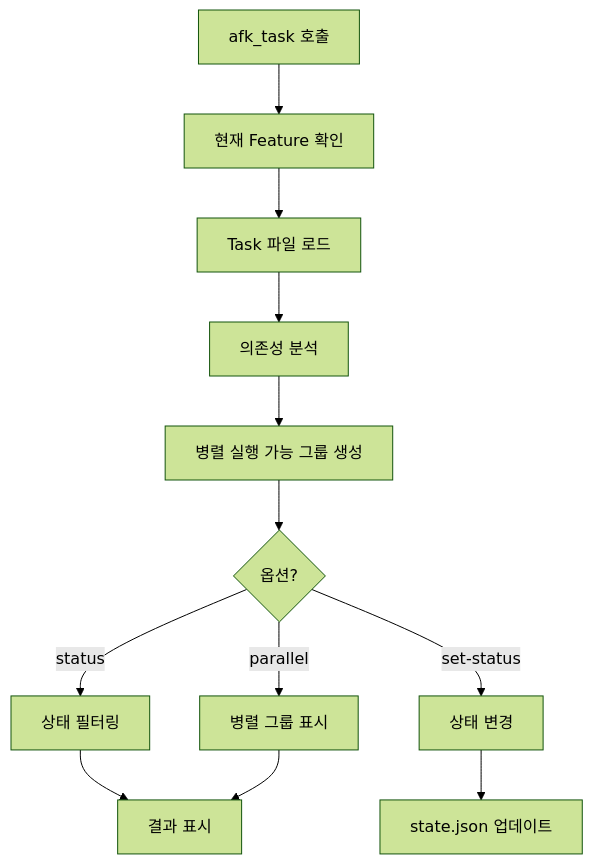
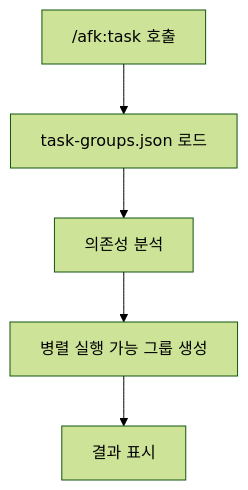
Before and after one commit to robinseo/afk-mod: the seventh of 8 diagrams in docs/commands.md, drawn with Mermaid (forest theme). The commit also changed other lines of this file and 11 other files, not shown here.

````diff
--- a/docs/commands.md
+++ b/docs/commands.md
@@ -348,17 +228,7 @@
 ```mermaid
 flowchart TD
-    A[afk_task 호출] --> B[현재 Feature 확인]
-    B --> C[Task 파일 로드]
-
-    C --> D[의존성 분석]
-    D --> E[병렬 실행 가능 그룹 생성]
-
-    E --> F{옵션?}
-    F -->|status| G[상태 필터링]
-    F -->|parallel| H[병렬 그룹 표시]
-    F -->|set-status| I[상태 변경]
-
-    G --> J[결과 표시]
-    H --> J
-    I --> K[state.json 업데이트]
+    A["/afk:task 호출"] --> B[task-groups.json 로드]
+    B --> C[의존성 분석]
+    C --> D[병렬 실행 가능 그룹 생성]
+    D --> E[결과 표시]
 ```
````
